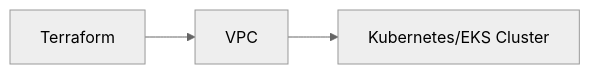
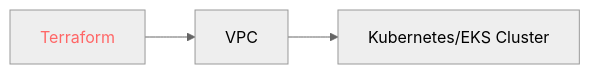
The diagram in README.md (lazyjitsu/gitops-udemy), drawn with Mermaid (neutral theme) before and after one commit.

Commit message:
first style

````diff
--- a/README.md
+++ b/README.md
@@ -3,7 +3,10 @@
 ```mermaid
 graph LR;
     Terra["Terraform"]
     VPC["VPC"]
     K8S["Kubernetes/EKS Cluster"]
     Terra --> VPC --> K8S
+
+style Terra color:#f66
+
 ```
````
